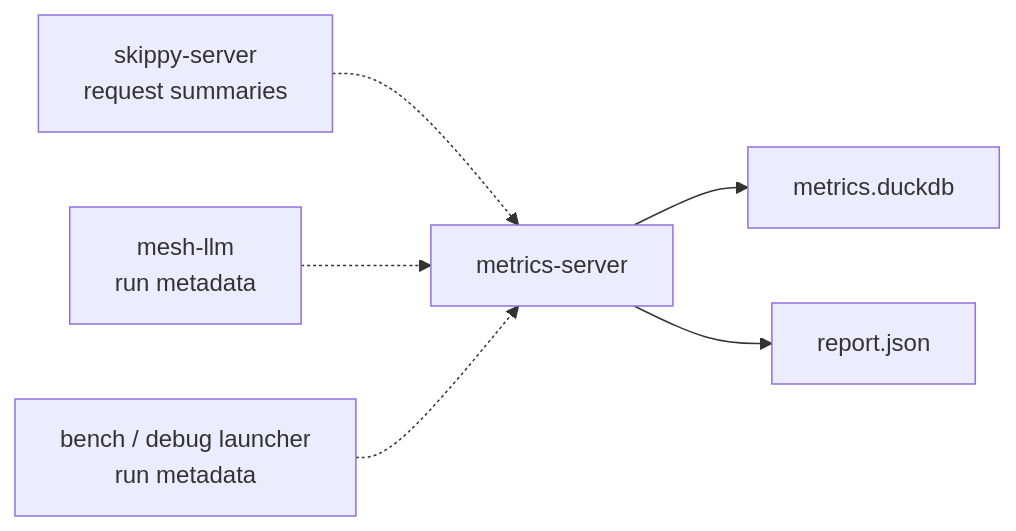
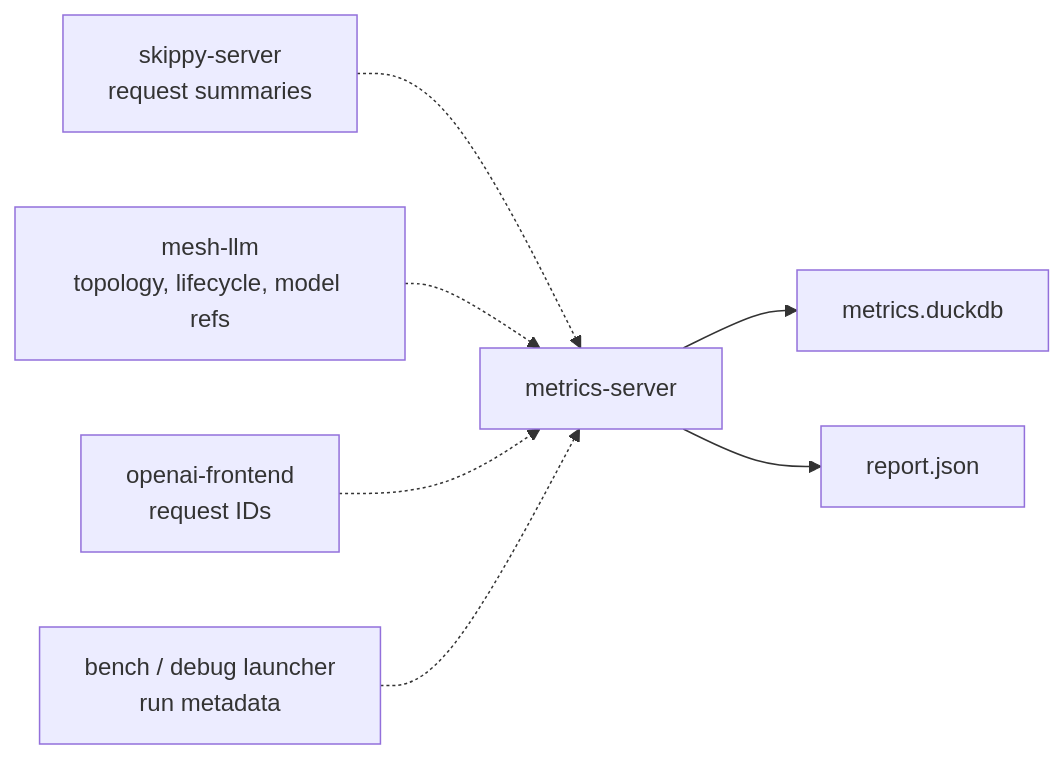
The diagram in crates/metrics-server/README.md (michaelneale/mesh-llm), drawn with Mermaid before and after one commit. The commit also changed 16 other files, not shown here.

Commit message:
Refactor documentation across crates for mesh-driven architecture, OpenAI API integration, and staged runtime updates.

````diff
--- a/crates/metrics-server/README.md
+++ b/crates/metrics-server/README.md
@@ -14,8 +14,9 @@
 ```mermaid
 flowchart LR
     S["skippy-server<br/>request summaries"] -.-> M["metrics-server"]
-    Mesh["mesh-llm<br/>run metadata"] -.-> M
+    Mesh["mesh-llm<br/>topology, lifecycle, model refs"] -.-> M
+    O["openai-frontend<br/>request IDs"] -.-> M
     B["bench / debug launcher<br/>run metadata"] -.-> M
     M --> D["metrics.duckdb"]
     M --> R["report.json"]
 ```
````
